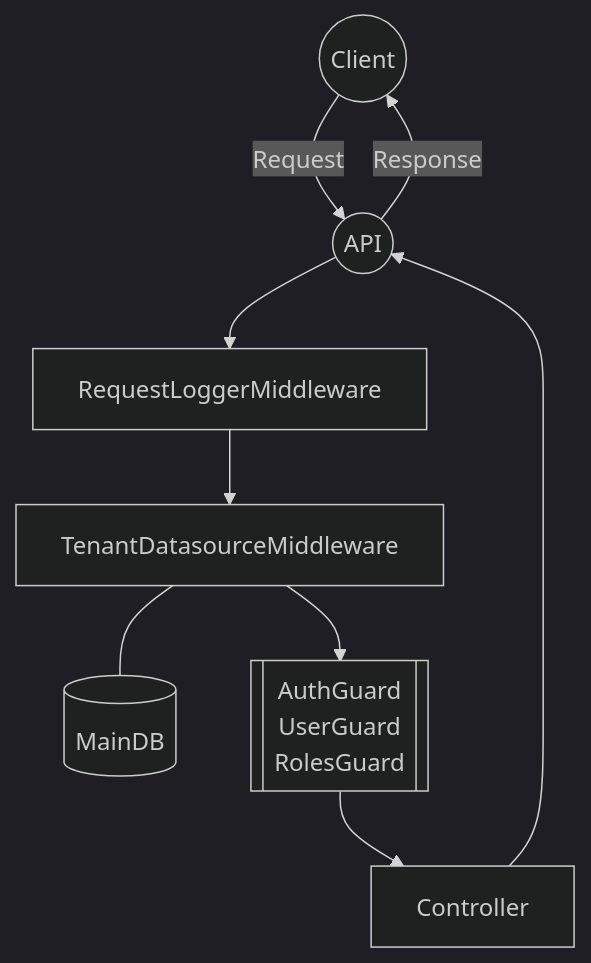
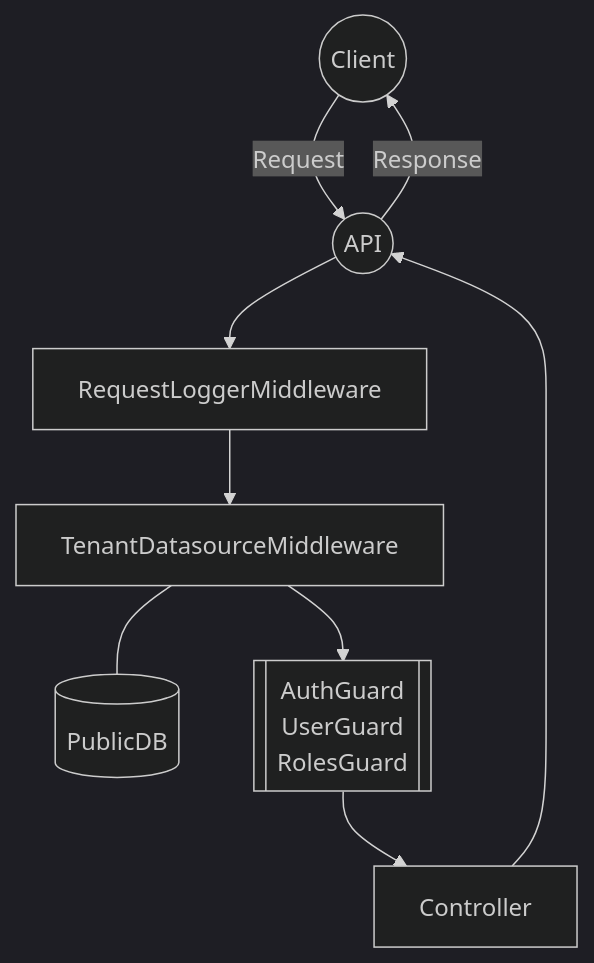
Before and after one commit to pivee/multi-tenant-nestjs: the first of 3 diagrams in README.md, drawn with Mermaid (dark theme). The commit also changed other lines of this file, not shown here.

````diff
--- a/README.md
+++ b/README.md
@@ -112,10 +112,10 @@
 ```mermaid
 flowchart TB
   Client((Client))
   API((API))
-  MainDB[(MainDB)]
+  PublicDB[(PublicDB)]
   Guards[[AuthGuard<br>UserGuard<br>RolesGuard]]
 
   Client --Request--> API --> RequestLoggerMiddleware --> TenantDatasourceMiddleware --> Guards --> Controller --> API --Response--> Client
-  TenantDatasourceMiddleware---MainDB
+  TenantDatasourceMiddleware---PublicDB
 ```
````
